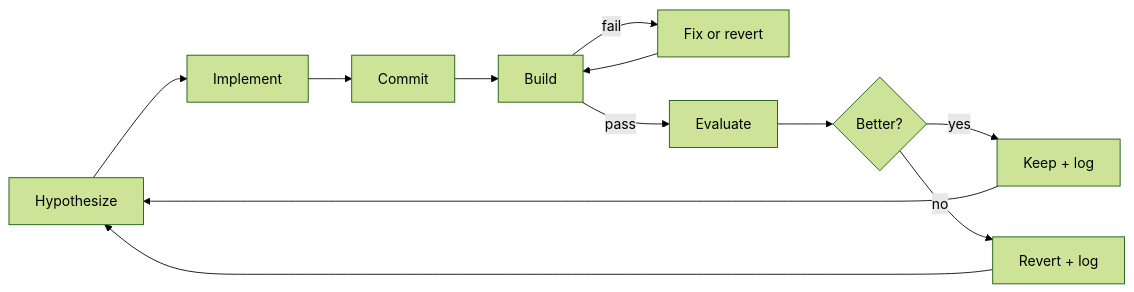
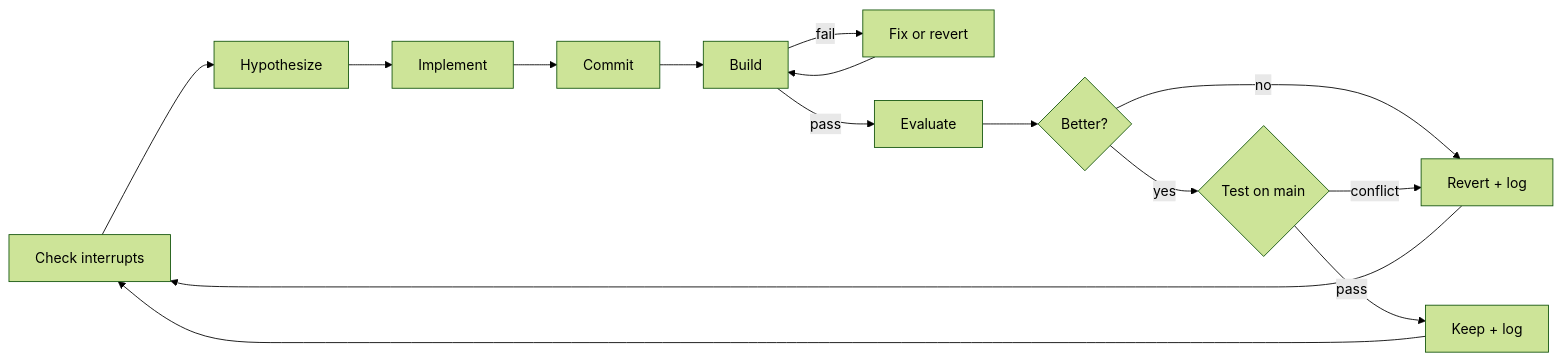
Before and after one commit to manganganath/mengerflock: the second of 3 diagrams in README.md, drawn with Mermaid (forest theme). The commit also changed other lines of this file, not shown here.

Commit message:
README: add inputs/outputs, document clean command, interrupts, composition-first eval, wildcard isolation, config details

````diff
--- a/README.md
+++ b/README.md
@@ -228,14 +252,17 @@
 ```mermaid
 graph LR
-    H[Hypothesize] --> I[Implement]
+    Int[Check interrupts] --> H[Hypothesize]
+    H --> I[Implement]
     I --> C[Commit]
     C --> B[Build]
     B -->|fail| Fix[Fix or revert]
     Fix --> B
     B -->|pass| E[Evaluate]
     E --> Compare{Better?}
-    Compare -->|yes| Keep[Keep + log]
     Compare -->|no| Discard[Revert + log]
-    Keep --> H
-    Discard --> H
+    Compare -->|yes| Comp{Test on main}
+    Comp -->|pass| Keep[Keep + log]
+    Comp -->|conflict| Discard
+    Keep --> Int
+    Discard --> Int
 ```
````
